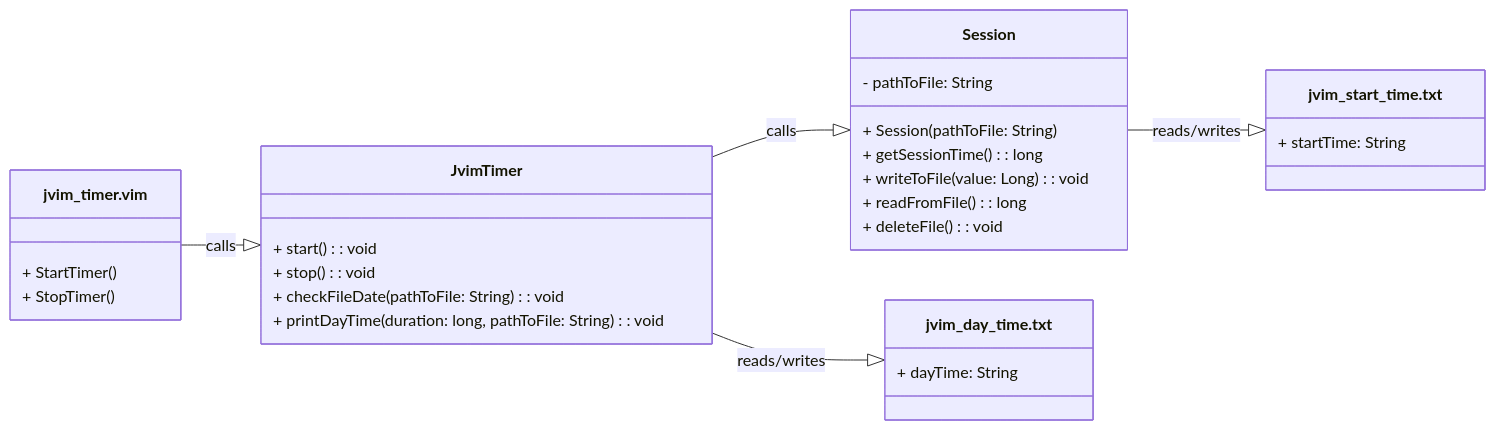
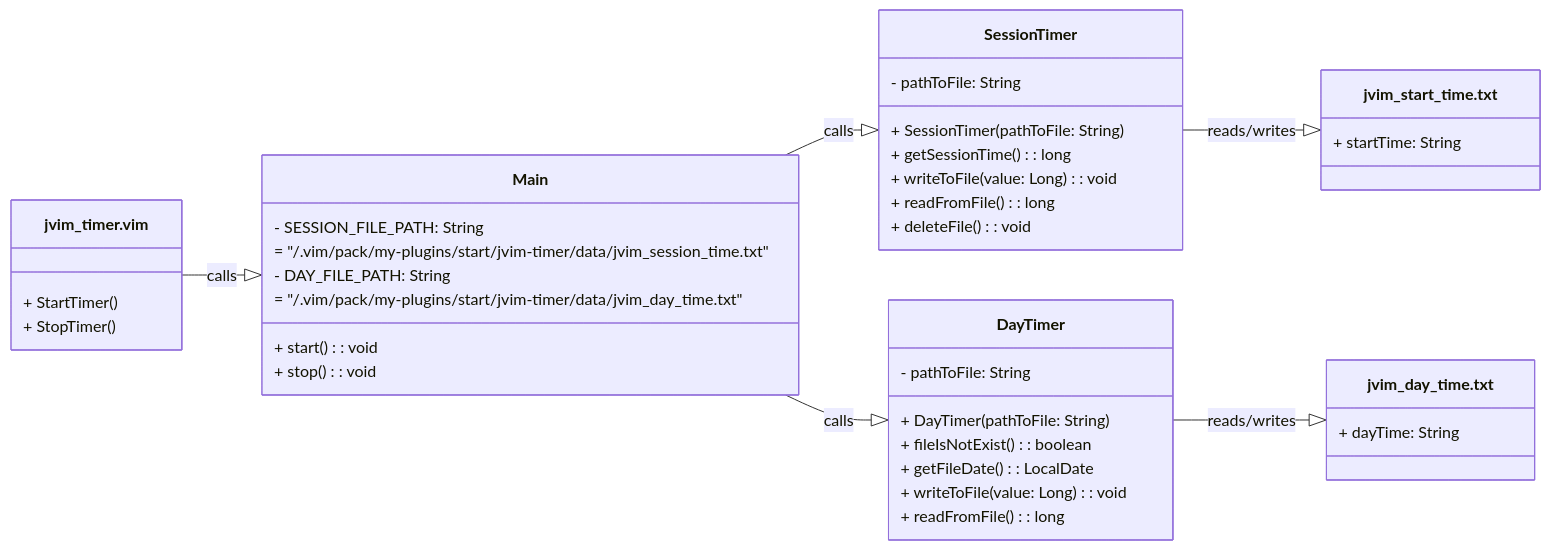
The first of 2 diagrams in pack/my-plugins/start/jvim-timer/README.md (AlexandrAnatoliev/vim-config), drawn with Mermaid before and after one commit. The commit also changed other lines of this file and 6 other files, not shown here.

````diff
--- a/pack/my-plugins/start/jvim-timer/README.md
+++ b/pack/my-plugins/start/jvim-timer/README.md
@@ -87,38 +90,50 @@
 ```mermaid
 classDiagram
   direction LR
   
   class jvim_timer.vim {
     + StartTimer()
     + StopTimer()
   }
 
-  class JvimTimer {
+  class Main {
+    - SESSION_FILE_PATH: String 
+      = "/.vim/pack/my-plugins/start/jvim-timer/data/jvim_session_time.txt"
+    - DAY_FILE_PATH: String 
+      = "/.vim/pack/my-plugins/start/jvim-timer/data/jvim_day_time.txt"
     + start(): void
     + stop(): void
-    + checkFileDate(pathToFile: String): void
-    + printDayTime(duration: long, pathToFile: String): void
   }
 
-  class Session {
+  class SessionTimer {
     - pathToFile: String
-    + Session(pathToFile: String)
+    + SessionTimer(pathToFile: String)
     + getSessionTime(): long
     + writeToFile(value: Long): void
     + readFromFile(): long
     + deleteFile(): void
+  }
+
+  class DayTimer {
+    - pathToFile: String
+    + DayTimer(pathToFile: String)
+    + fileIsNotExist(): boolean
+    + getFileDate(): LocalDate
+    + writeToFile(value: Long): void
+    + readFromFile(): long
   }
 
   class jvim_start_time.txt {
     + startTime: String 
   }
 
   class jvim_day_time.txt {
     + dayTime: String
   }
 
-  jvim_timer.vim --|> JvimTimer : calls
-  JvimTimer --|> Session : calls
-  Session --|> jvim_start_time.txt : reads/writes
-  JvimTimer --|> jvim_day_time.txt : reads/writes
+  jvim_timer.vim --|> Main : calls
+  Main --|> SessionTimer : calls
+  Main --|> DayTimer : calls
+  SessionTimer --|> jvim_start_time.txt : reads/writes
+  DayTimer --|> jvim_day_time.txt : reads/writes
 ```
````
